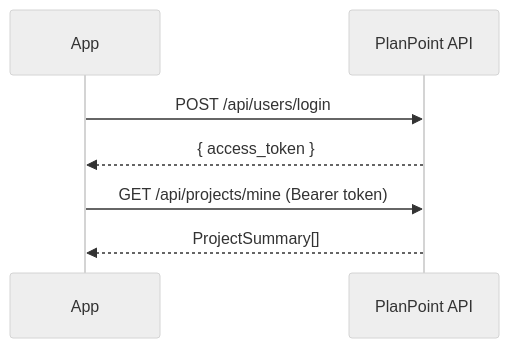
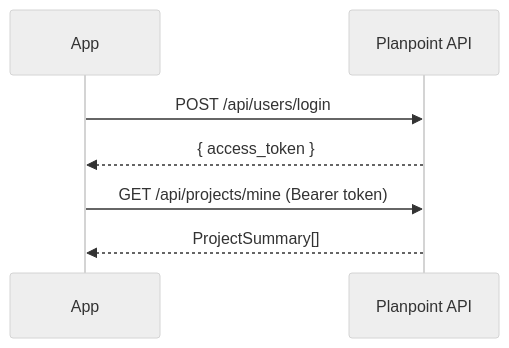
Before and after one commit to LaurentCardinal/planpoint-viewerdocs: the diagram in sdk-documentation/introduction.mdx, drawn with Mermaid (neutral theme). The commit also changed other lines of this file, not shown here.

````diff
--- a/sdk-documentation/introduction.mdx
+++ b/sdk-documentation/introduction.mdx
@@ -94,9 +108,9 @@
 ```mermaid
 sequenceDiagram
     participant App
-    participant PlanPoint API
-    App->>PlanPoint API: POST /api/users/login
-    PlanPoint API-->>App: { access_token }
-    App->>PlanPoint API: GET /api/projects/mine (Bearer token)
-    PlanPoint API-->>App: ProjectSummary[]
+    participant Planpoint API
+    App->>Planpoint API: POST /api/users/login
+    Planpoint API-->>App: { access_token }
+    App->>Planpoint API: GET /api/projects/mine (Bearer token)
+    Planpoint API-->>App: ProjectSummary[]
 ```
````
